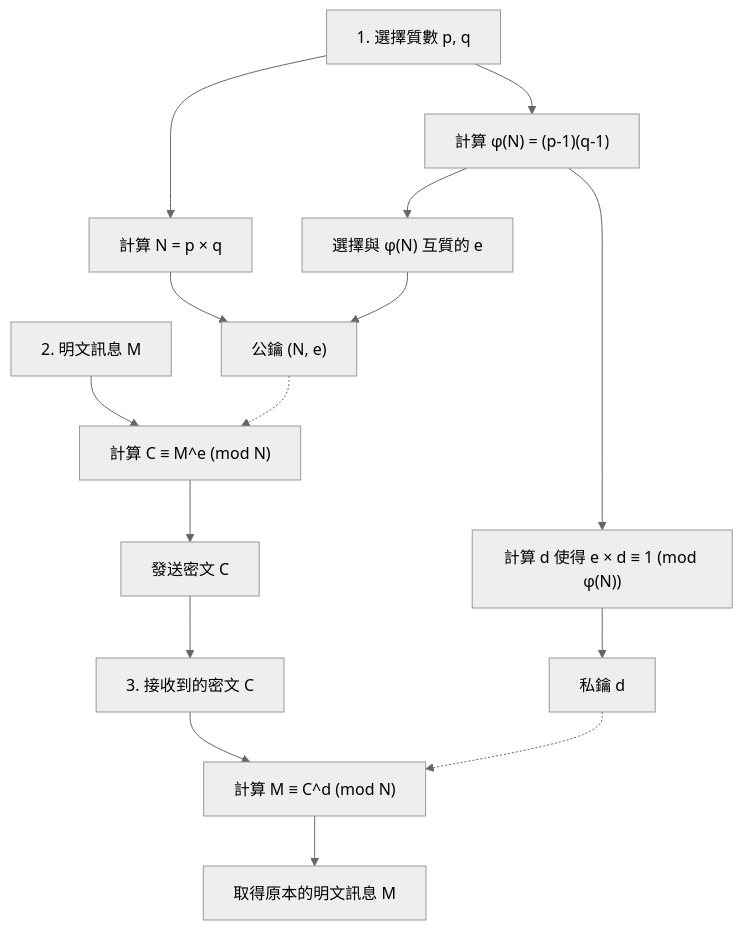
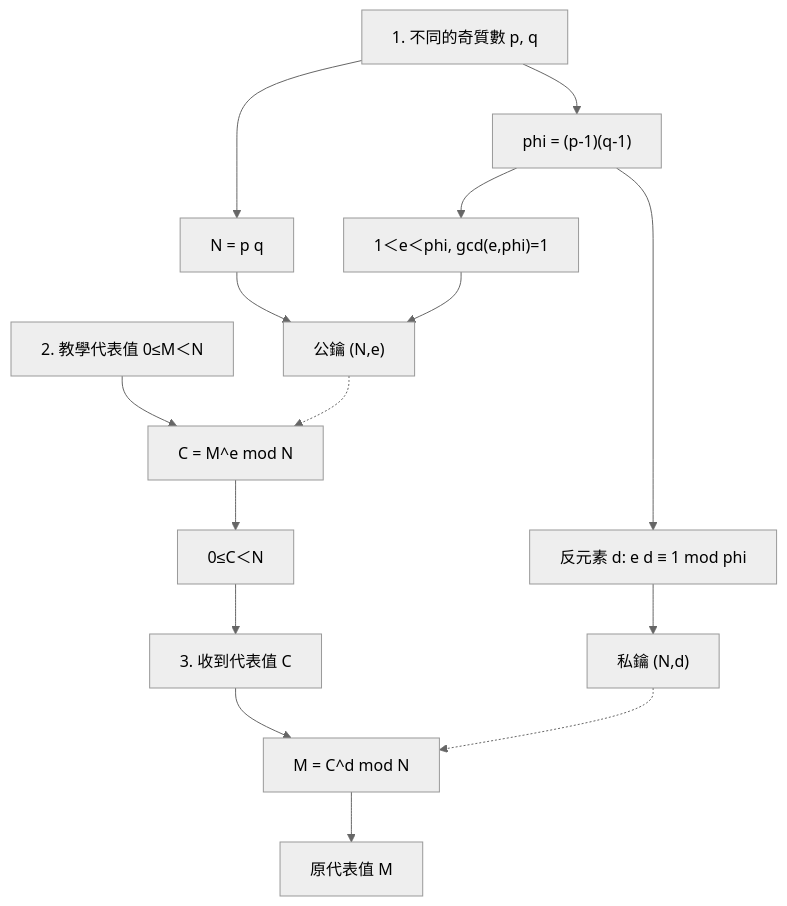
One commit to kenjinote/blog changed the second of 3 diagrams in content/post/rsa暗号の仕組みを高校生でもわかるように説明する/index.zh-tw.md. Above: the diagram before and after it, drawn with Mermaid (neutral theme). The commit also changed other lines of this file and 5 other files, not shown here.

````diff
--- a/content/post/rsa暗号の仕組みを高校生でもわかるように説明する/index.zh-tw.md
+++ b/content/post/rsa暗号の仕組みを高校生でもわかるように説明する/index.zh-tw.md
@@ -164,19 +103,17 @@
 ```mermaid
 flowchart TD
-    A1["1. 選擇質數 p, q"] --> A2["計算 N = p × q"]
-    A1 --> A3["計算 φ(N) = (p-1)(q-1)"]
-    A3 --> A4["選擇與 φ(N) 互質的 e"]
-    A3 --> A5["計算 d 使得 e × d ≡ 1 (mod φ(N))"]
-    A2 --> A6["公鑰 (N, e)"]
+    A1["1. 不同的奇質數 p, q"] --> A2["N = p q"]
+    A1 --> A3["phi = (p-1)(q-1)"]
+    A3 --> A4["1＜e＜phi, gcd(e,phi)=1"]
+    A3 --> A5["反元素 d: e d ≡ 1 mod phi"]
+    A2 --> A6["公鑰 (N,e)"]
     A4 --> A6
-    A5 --> A7["私鑰 d"]
-    
-    B1["2. 明文訊息 M"] --> B2["計算 C ≡ M^e (mod N)"]
+    A5 --> A7["私鑰 (N,d)"]
+    B1["2. 教學代表值 0≤M＜N"] --> B2["C = M^e mod N"]
     A6 -.-> B2
-    B2 --> B3["發送密文 C"]
-    
-    B3 --> C1["3. 接收到的密文 C"]
-    C1 --> C2["計算 M ≡ C^d (mod N)"]
+    B2 --> B3["0≤C＜N"]
+    B3 --> C1["3. 收到代表值 C"]
+    C1 --> C2["M = C^d mod N"]
     A7 -.-> C2
-    C2 --> C3["取得原本的明文訊息 M"]
+    C2 --> C3["原代表值 M"]
 ```
````
